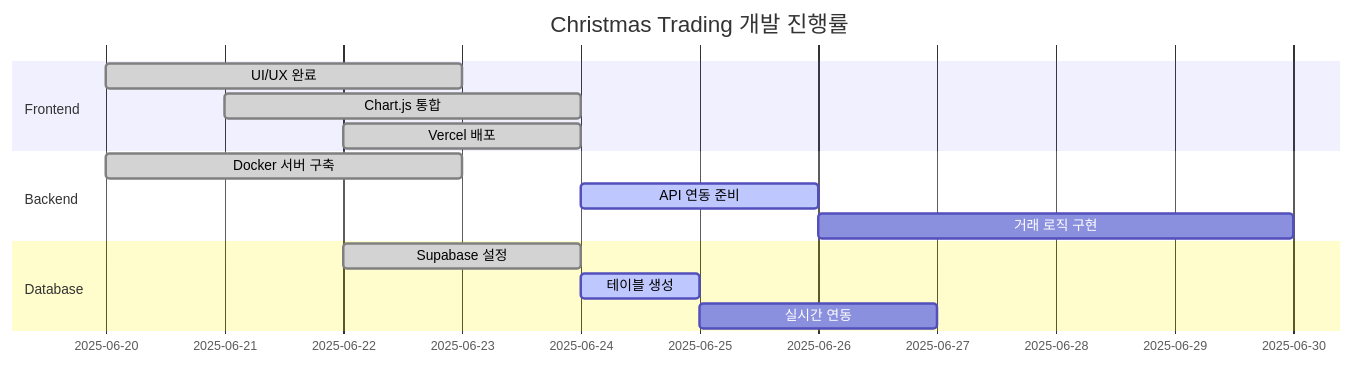
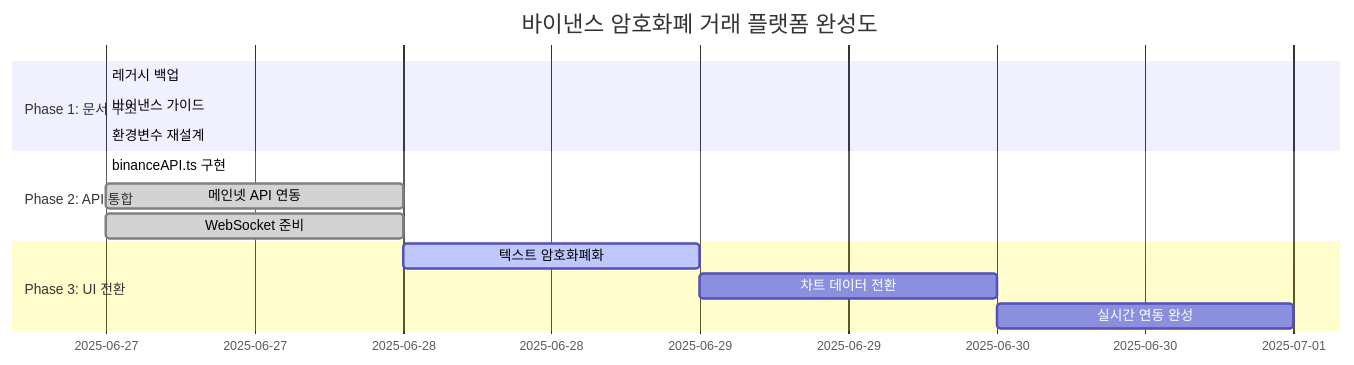
Before and after one commit to bzjay53/christmas: the second of 3 diagrams in docs/planning/PROJECT_MANAGEMENT_REPORT.md, drawn with Mermaid. The commit also changed other lines of this file and 6 other files, not shown here.

First line of the commit message:
Phase 3 Step 1 완료: UI 텍스트 암호화폐 전환 완료

````diff
--- a/docs/planning/PROJECT_MANAGEMENT_REPORT.md
+++ b/docs/planning/PROJECT_MANAGEMENT_REPORT.md
@@ -33,19 +37,19 @@
 ```mermaid
 gantt
-    title Christmas Trading 개발 진행률
+    title 바이낸스 암호화폐 거래 플랫폼 완성도
     dateFormat  YYYY-MM-DD
-    section Frontend
-    UI/UX 완료           :done,    des1, 2025-06-20, 2025-06-23
-    Chart.js 통합        :done,    des2, 2025-06-21, 2025-06-24
-    Vercel 배포          :done,    des3, 2025-06-22, 2025-06-24
+    section Phase 1: 문서 구조
+    레거시 백업          :done,    p1a, 2025-06-27, 2025-06-27
+    바이낸스 가이드      :done,    p1b, 2025-06-27, 2025-06-27
+    환경변수 재설계      :done,    p1c, 2025-06-27, 2025-06-27
     
-    section Backend
-    Docker 서버 구축     :done,    des4, 2025-06-20, 2025-06-23
-    API 연동 준비        :active,  des5, 2025-06-24, 2025-06-26
-    거래 로직 구현       :         des6, 2025-06-26, 2025-06-30
+    section Phase 2: API 통합
+    binanceAPI.ts 구현   :done,    p2a, 2025-06-27, 2025-06-27
+    메인넷 API 연동      :done,    p2b, 2025-06-27, 2025-06-28
+    WebSocket 준비       :done,    p2c, 2025-06-27, 2025-06-28
     
-    section Database
-    Supabase 설정        :done,    des7, 2025-06-22, 2025-06-24
-    테이블 생성          :active,  des8, 2025-06-24, 2025-06-25
-    실시간 연동          :         des9, 2025-06-25, 2025-06-27
+    section Phase 3: UI 전환
+    텍스트 암호화폐화    :active,  p3a, 2025-06-28, 2025-06-29
+    차트 데이터 전환     :         p3b, 2025-06-29, 2025-06-30
+    실시간 연동 완성     :         p3c, 2025-06-30, 2025-07-01
 ```
````
